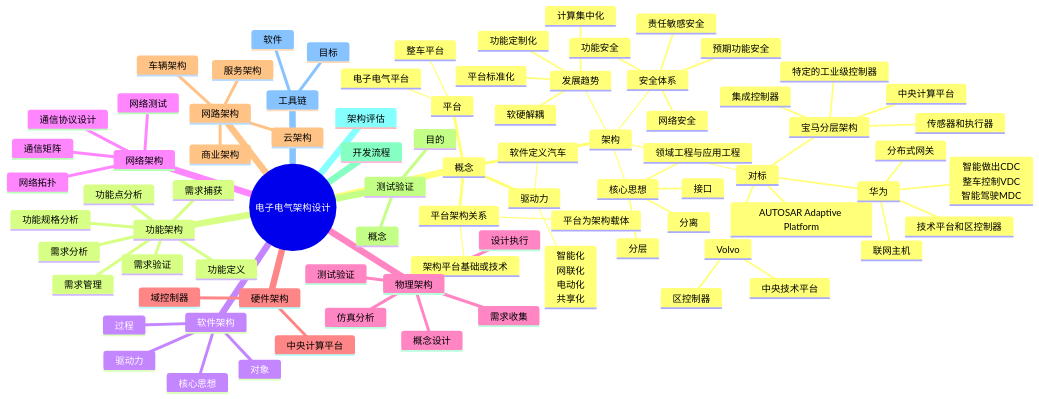
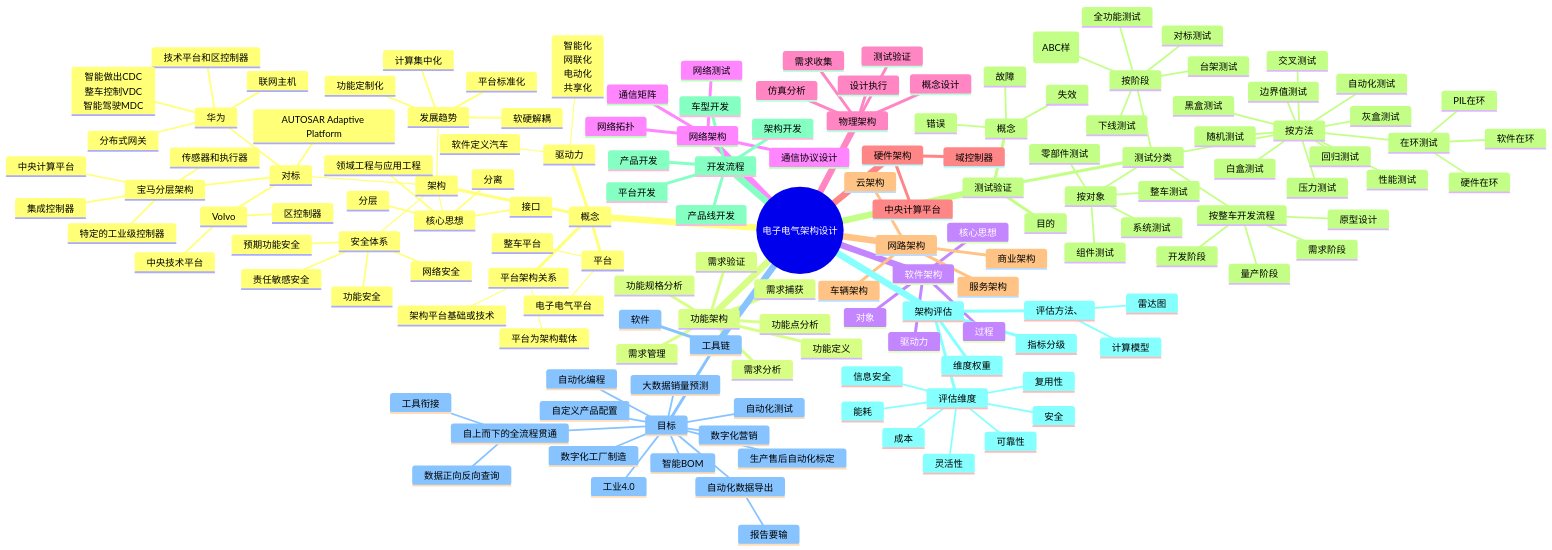
The diagram in src/工作管理/001汽车电子.md (ilikui/NotesBook), drawn with Mermaid before and after one commit.

Commit message:
update by likui

```diff
--- a/src/工作管理/001汽车电子.md
+++ b/src/工作管理/001汽车电子.md
@@ -83,9 +83,76 @@
           测试验证
             目的
             概念
+              故障
+              错误
+              失效
+            测试分类
+              按阶段
+                对标测试
+                零部件测试(ABC样)
+                全功能测试
+                台架测试
+                下线测试
+              按方法
+                回归测试
+                白盒测试
+                灰盒测试
+                黑盒测试
+                压力测试
+                自动化测试
+                交叉测试
+                性能测试
+                随机测试
+                边界值测试
+                在环测试
+                  硬件在环
+                  软件在环
+                  PIL在环
+              按对象
+                整车测试
+                系统测试
+                零部件测试
+                组件测试
+              按整车开发流程
+                需求阶段
+                原型设计
+                开发阶段
+                量产阶段
           开发流程
+            架构开发
+            平台开发
+            产品线开发
+            产品开发
+            车型开发
           架构评估
+            评估维度
+              可靠性
+              能耗
+              安全
+              成本
+              信息安全
+              灵活性
+              复用性
+            维度权重
+            指标分级
+            评估方法、
+              雷达图
+              计算模型
           工具链
             目标
+              工业4.0
+              数字化营销
+              自定义产品配置
+              智能BOM
+              自动化数据导出
+                报告要输
+              自动化编程
+              自动化测试
+              数字化工厂制造
+              生产售后自动化标定
+              大数据销量预测
+              自上而下的全流程贯通
+                工具衔接
+                数据正向反向查询
             软件
     </div>
```
